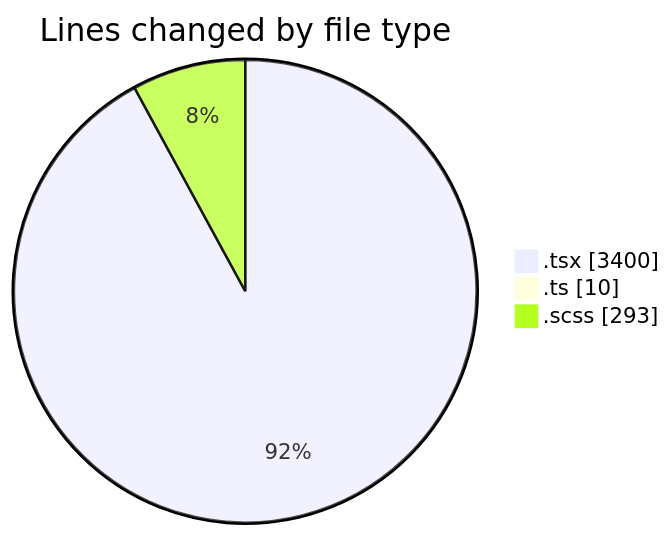
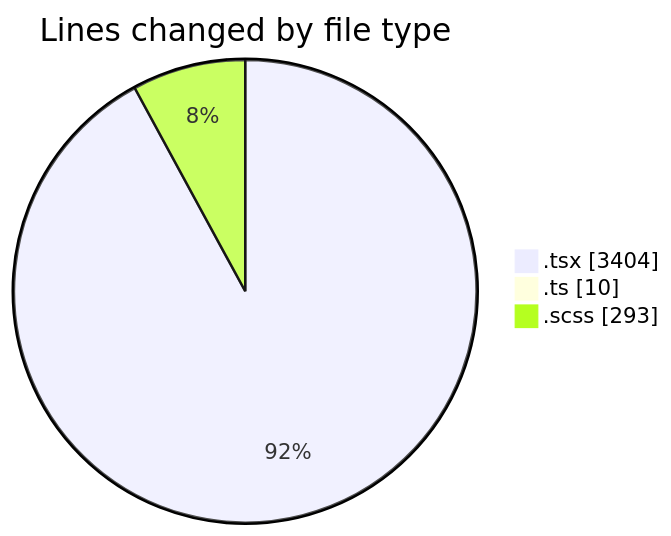
One commit to momahboobian/code-tracking changed the first of 2 diagrams in 2025-11-17/cda/README.md. Above: the diagram before and after it, drawn with Mermaid. The commit also changed other lines of this file and 1 other file, not shown here.

````diff
--- a/2025-11-17/cda/README.md
+++ b/2025-11-17/cda/README.md
@@ -27,7 +27,7 @@
 ```mermaid
 pie showData
 title Lines changed by file type
-".tsx" : 3400
+".tsx" : 3404
 ".ts" : 10
 ".scss" : 293
 ```
````
